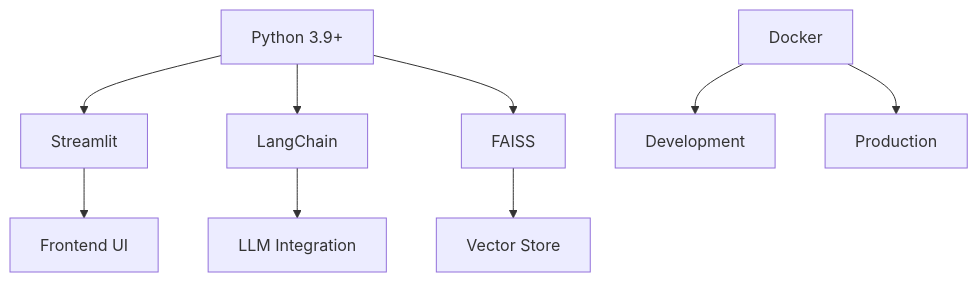
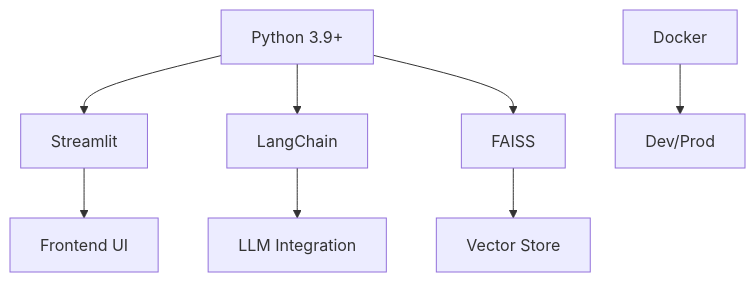
One commit to laialex501/lorechat-container changed the first of 3 diagrams in memory-bank/techContext.md. Above: the diagram before and after it, drawn with Mermaid. The commit also changed other lines of this file and 11 other files, not shown here.

````diff
--- a/memory-bank/techContext.md
+++ b/memory-bank/techContext.md
@@ -6,13 +6,10 @@
 ```mermaid
 graph TD
     A[Python 3.9+] --> B[Streamlit]
     A --> C[LangChain]
     A --> D[FAISS]
-    
     B --> E[Frontend UI]
     C --> F[LLM Integration]
     D --> G[Vector Store]
-    
-    H[Docker] --> I[Development]
-    H --> J[Production]
+    H[Docker] --> I[Dev/Prod]
 ```
````
